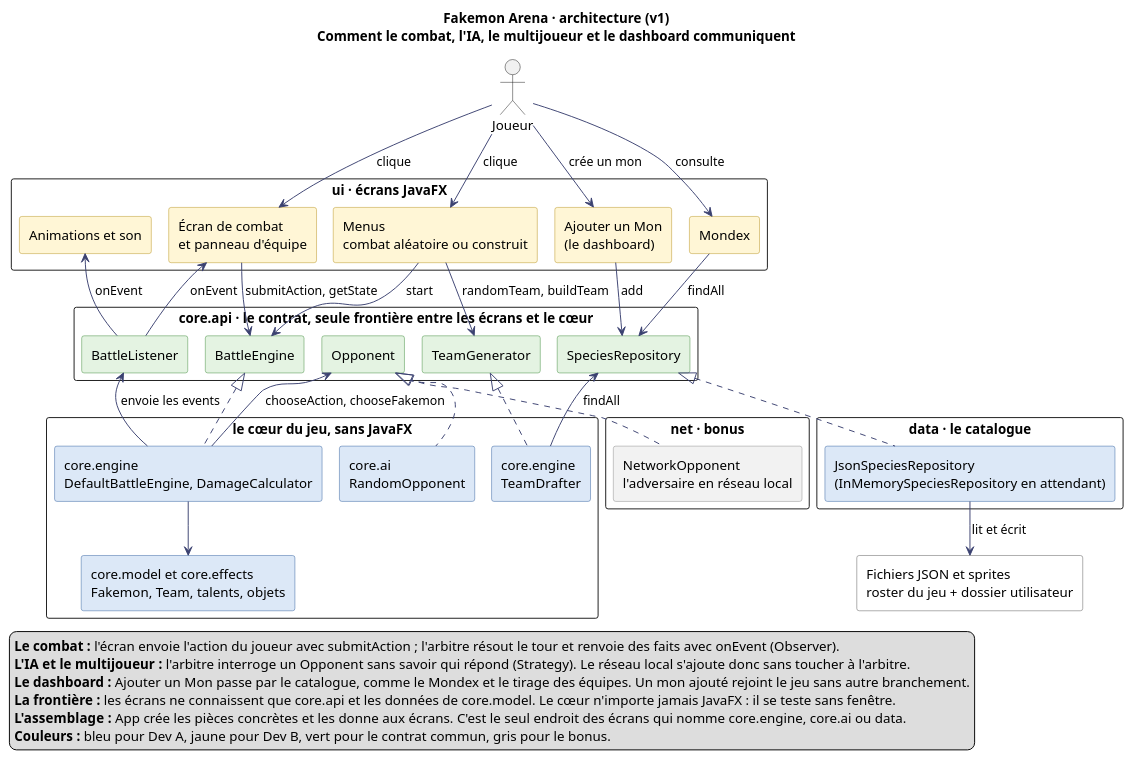
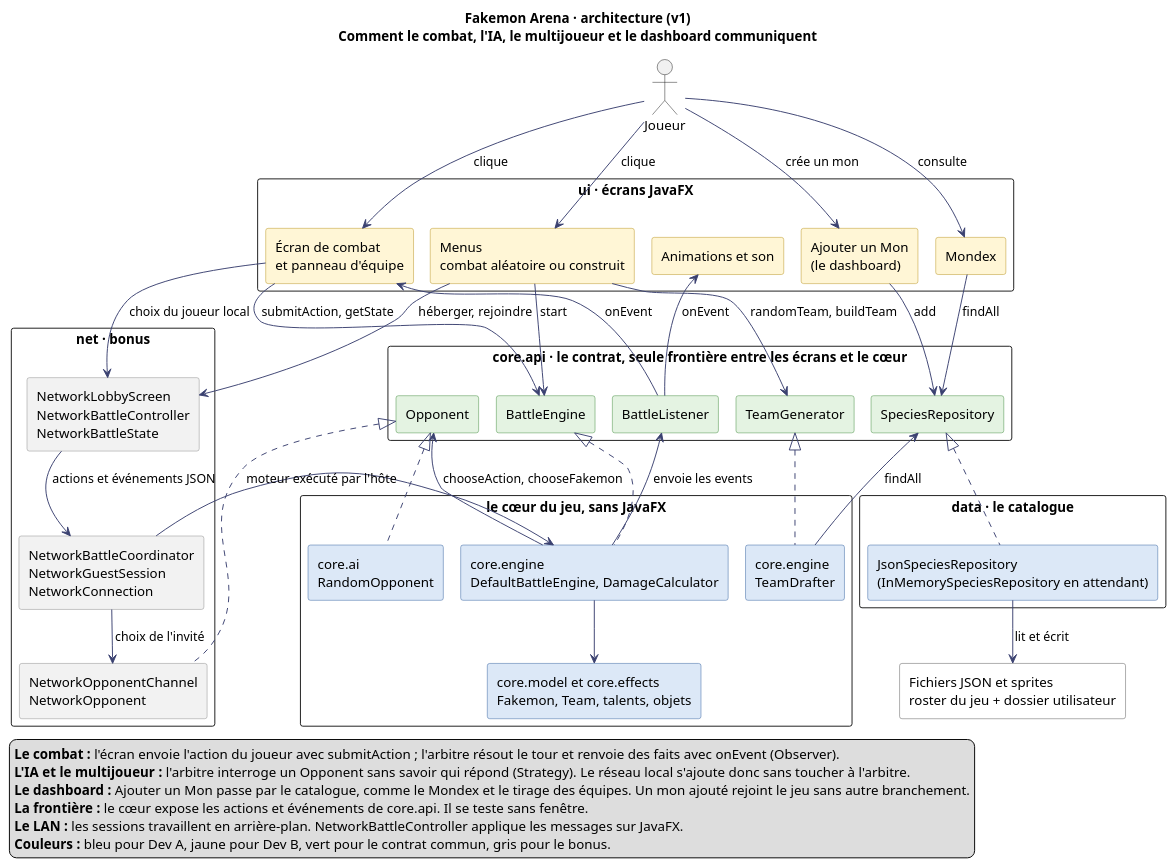
Before and after one commit to OnerAliCan/fakemon-arena: the diagram in docs/uml/architecture.puml, drawn with PlantUML. The commit also changed 63 other files, not shown here.

First line of the commit message:
feat: ajoute le Mondex et les fiches détaillées des Fakemon (#45) (#71)

```diff
--- a/docs/uml/architecture.puml
+++ b/docs/uml/architecture.puml
@@ -1,92 +1,99 @@
 @startuml architecture
 !pragma layout smetana
 skinparam dpi 110
 skinparam shadowing false
 skinparam defaultFontName "Segoe UI"
 skinparam packageStyle rectangle
 skinparam ArrowColor #3A4170
 skinparam componentStyle rectangle
 skinparam rectangle {
   BackgroundColor<<devA>> #DCE8F7
   BorderColor<<devA>> #2F5F9E
   BackgroundColor<<devB>> #FFF6D6
   BorderColor<<devB>> #B8901A
   BackgroundColor<<contrat>> #E4F3E2
   BorderColor<<contrat>> #3E8A3A
   BackgroundColor<<bonus>> #F2F2F2
   BorderColor<<bonus>> #888888
   BackgroundColor<<fichiers>> #FFFFFF
   BorderColor<<fichiers>> #555555
 }
 hide stereotype
 title Fakemon Arena · architecture (v1)\nComment le combat, l'IA, le multijoueur et le dashboard communiquent
 
 actor "Joueur" as Joueur
 
 package "ui · écrans JavaFX" {
   rectangle "Menus\ncombat aléatoire ou construit" as Menus <<devB>>
   rectangle "Écran de combat\net panneau d'équipe" as Combat <<devB>>
   rectangle "Animations et son" as Son <<devB>>
   rectangle "Mondex" as Mondex <<devB>>
   rectangle "Ajouter un Mon\n(le dashboard)" as Dashboard <<devB>>
 }
 
 package "core.api · le contrat, seule frontière entre les écrans et le cœur" {
   rectangle "TeamGenerator" as ITeam <<contrat>>
   rectangle "BattleEngine" as IEngine <<contrat>>
   rectangle "BattleListener" as IListener <<contrat>>
   rectangle "Opponent" as IOpponent <<contrat>>
   rectangle "SpeciesRepository" as IRepo <<contrat>>
 }
 
 package "le cœur du jeu, sans JavaFX" {
   rectangle "core.engine\nTeamDrafter" as Generator <<devA>>
   rectangle "core.engine\nDefaultBattleEngine, DamageCalculator" as Engine <<devA>>
   rectangle "core.model et core.effects\nFakemon, Team, talents, objets" as Model <<devA>>
   rectangle "core.ai\nRandomOpponent" as AI <<devA>>
 }
 
 package "net · bonus" {
-  rectangle "NetworkOpponent\nl'adversaire en réseau local" as Net <<bonus>>
+  rectangle "NetworkOpponentChannel\nNetworkOpponent" as Net <<bonus>>
+  rectangle "NetworkBattleCoordinator\nNetworkGuestSession\nNetworkConnection" as Sessions <<bonus>>
+  rectangle "NetworkLobbyScreen\nNetworkBattleController\nNetworkBattleState" as LanView <<bonus>>
 }
 
 package "data · le catalogue" {
   rectangle "JsonSpeciesRepository\n(InMemorySpeciesRepository en attendant)" as Repo <<devA>>
 }
 
 rectangle "Fichiers JSON et sprites\nroster du jeu + dossier utilisateur" as Files <<fichiers>>
 
 Joueur --> Menus : clique
 Joueur --> Combat : clique
 Joueur --> Mondex : consulte
 Joueur --> Dashboard : crée un mon
 
 Menus --> ITeam : randomTeam, buildTeam
 Menus --> IEngine : start
 Combat --> IEngine : submitAction, getState
 IListener --> Combat : onEvent
 IListener --> Son : onEvent
 Mondex --> IRepo : findAll
 Dashboard --> IRepo : add
 
 Generator .up.|> ITeam
 Engine .up.|> IEngine
 Engine --> IListener : envoie les events
 Engine --> IOpponent : chooseAction, chooseFakemon
 Generator --> IRepo : findAll
 Engine --> Model
 
 AI .up.|> IOpponent
 Net .up.|> IOpponent
+Menus --> LanView : héberger, rejoindre
+Combat --> LanView : choix du joueur local
+LanView --> Sessions : actions et événements JSON
+Sessions --> Engine : moteur exécuté par l'hôte
+Sessions --> Net : choix de l'invité
 Repo .up.|> IRepo
 Repo --> Files : lit et écrit
 
 legend bottom left
   <b>Le combat :</b> l'écran envoie l'action du joueur avec submitAction ; l'arbitre résout le tour et renvoie des faits avec onEvent (Observer).
   <b>L'IA et le multijoueur :</b> l'arbitre interroge un Opponent sans savoir qui répond (Strategy). Le réseau local s'ajoute donc sans toucher à l'arbitre.
   <b>Le dashboard :</b> Ajouter un Mon passe par le catalogue, comme le Mondex et le tirage des équipes. Un mon ajouté rejoint le jeu sans autre branchement.
-  <b>La frontière :</b> les écrans ne connaissent que core.api et les données de core.model. Le cœur n'importe jamais JavaFX : il se teste sans fenêtre.
-  <b>L'assemblage :</b> App crée les pièces concrètes et les donne aux écrans. C'est le seul endroit des écrans qui nomme core.engine, core.ai ou data.
+  <b>La frontière :</b> le cœur expose les actions et événements de core.api. Il se teste sans fenêtre.
+  <b>Le LAN :</b> les sessions travaillent en arrière-plan. NetworkBattleController applique les messages sur JavaFX.
   <b>Couleurs :</b> bleu pour Dev A, jaune pour Dev B, vert pour le contrat commun, gris pour le bonus.
 endlegend
 @enduml
```
